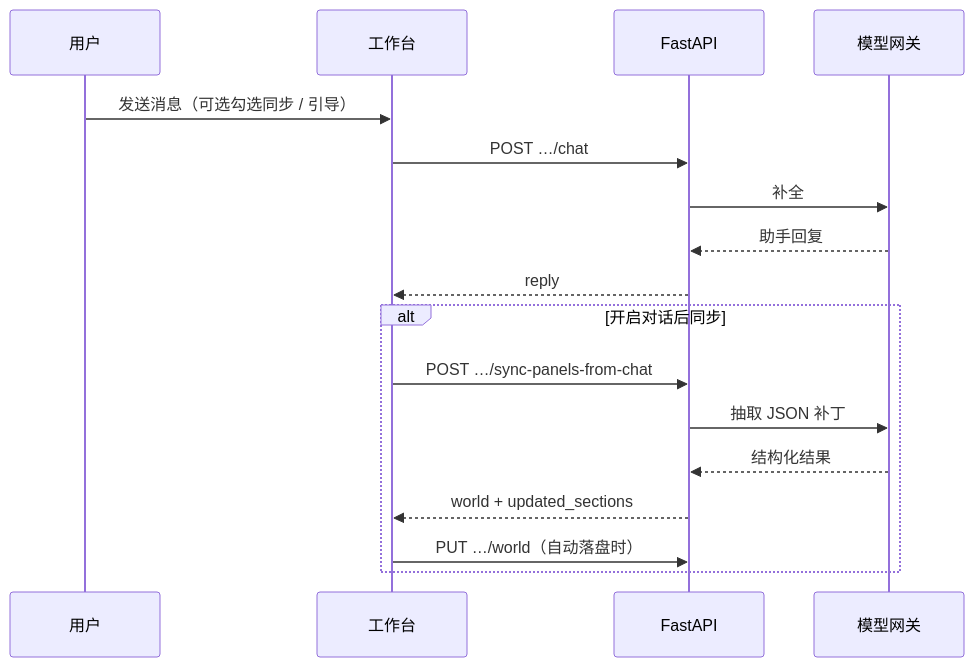
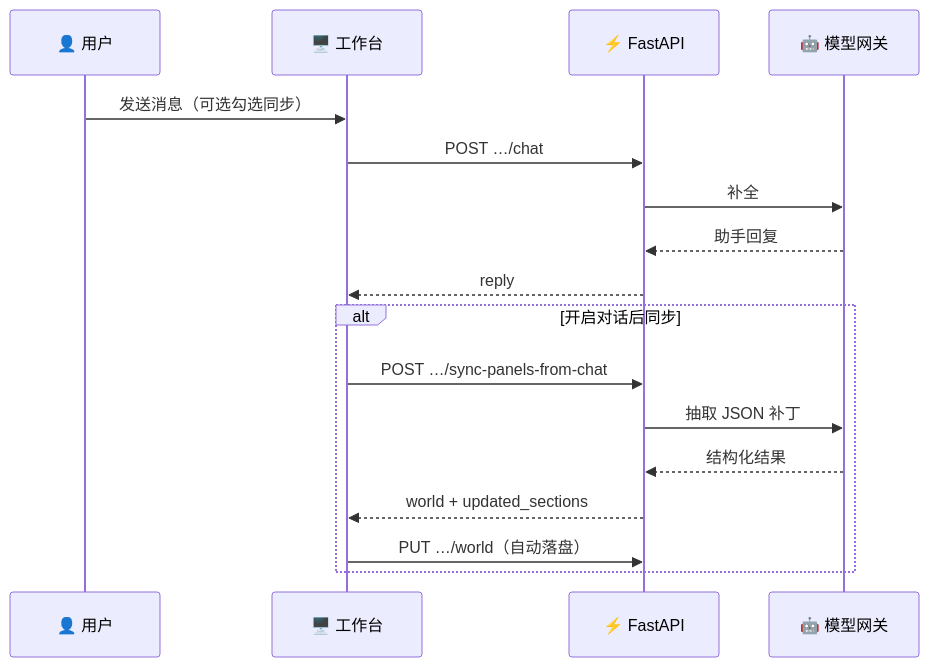
One commit to Lucas-Wang-THU/Magic_Creater_World changed the second of 4 diagrams in README.md. Above: the diagram before and after it, drawn with Mermaid. The commit also changed other lines of this file and 16 other files, not shown here.

````diff
--- a/README.md
+++ b/README.md
@@ -77,19 +130,19 @@
 ```mermaid
 sequenceDiagram
-  participant U as 用户
-  participant W as 工作台
-  participant API as FastAPI
-  participant LLM as 模型网关
-  U->>W: 发送消息（可选勾选同步 / 引导）
+  participant U as 👤 用户
+  participant W as 🖥️ 工作台
+  participant API as ⚡ FastAPI
+  participant LLM as 🤖 模型网关
+  U->>W: 发送消息（可选勾选同步）
   W->>API: POST …/chat
   API->>LLM: 补全
   LLM-->>API: 助手回复
   API-->>W: reply
   alt 开启对话后同步
     W->>API: POST …/sync-panels-from-chat
     API->>LLM: 抽取 JSON 补丁
     LLM-->>API: 结构化结果
     API-->>W: world + updated_sections
-    W->>API: PUT …/world（自动落盘时）
+    W->>API: PUT …/world（自动落盘）
   end
 ```
````
